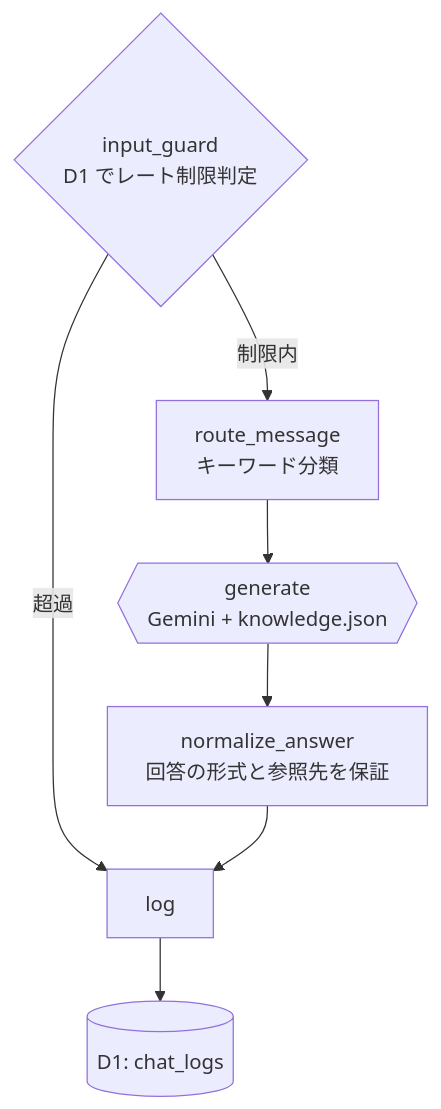
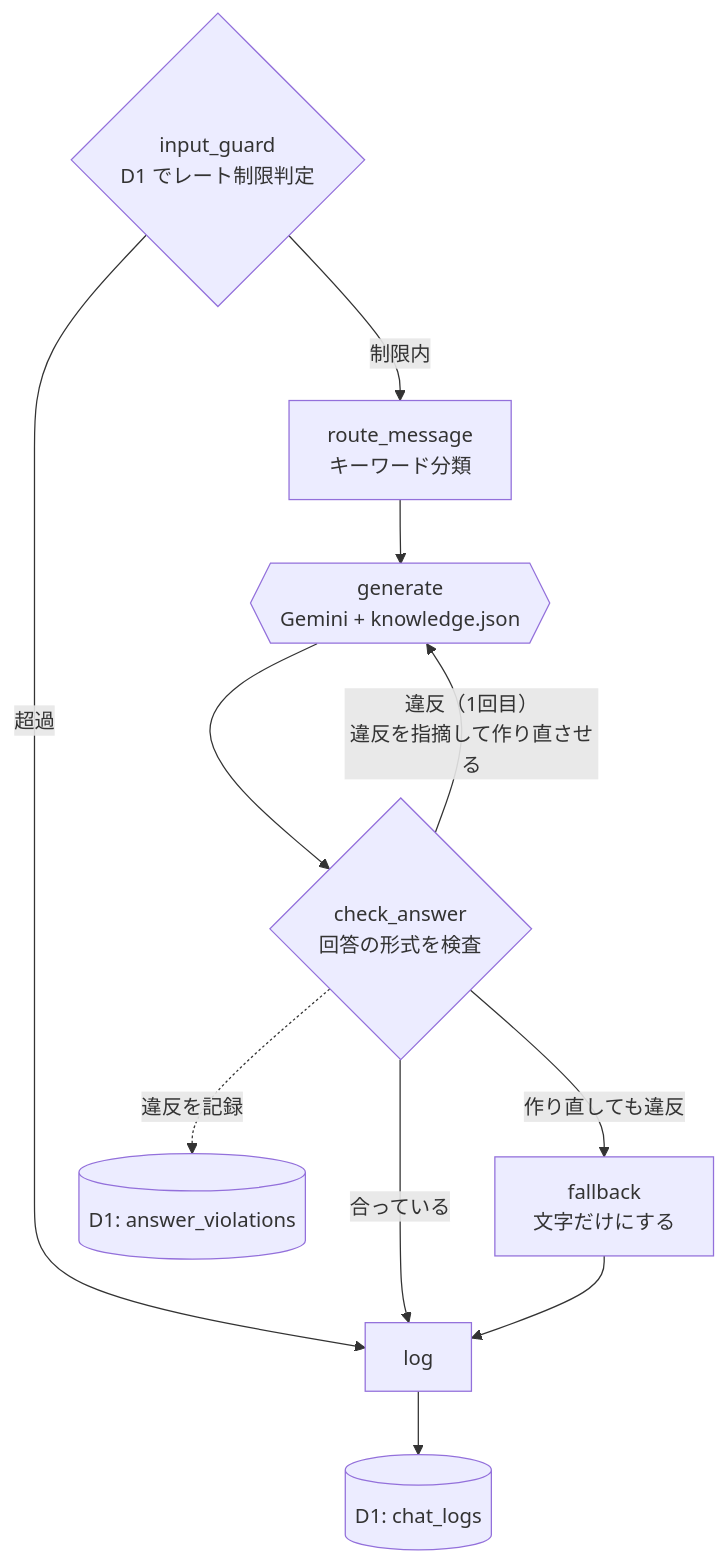
One commit to yktsnet/folio-agent changed the diagram in README.md. Above: the diagram before and after it, drawn with Mermaid. The commit also changed other lines of this file and 32 other files, not shown here.

````diff
--- a/README.md
+++ b/README.md
@@ -39,10 +39,14 @@
 ```mermaid
 flowchart TD
     Guard{"input_guard<br/>D1 でレート制限判定"}
     Guard -->|"制限内"| Route["route_message<br/>キーワード分類"]
     Guard -->|"超過"| Log["log"]
     Route --> Generate{{"generate<br/>Gemini + knowledge.json"}}
-    Generate --> Normalize["normalize_answer<br/>回答の形式と参照先を保証"]
-    Normalize --> Log
+    Generate --> Check{"check_answer<br/>回答の形式を検査"}
+    Check -->|"合っている"| Log
+    Check -->|"違反（1回目）<br/>違反を指摘して作り直させる"| Generate
+    Check -->|"作り直しても違反"| Fallback["fallback<br/>文字だけにする"]
+    Fallback --> Log
+    Check -.->|"違反を記録"| Violations[("D1: answer_violations")]
     Log --> D1[("D1: chat_logs")]
 ```
````
